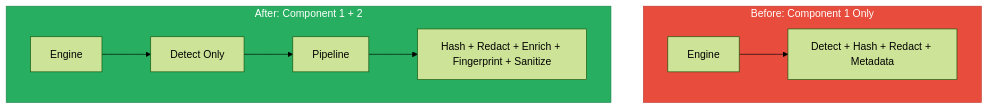
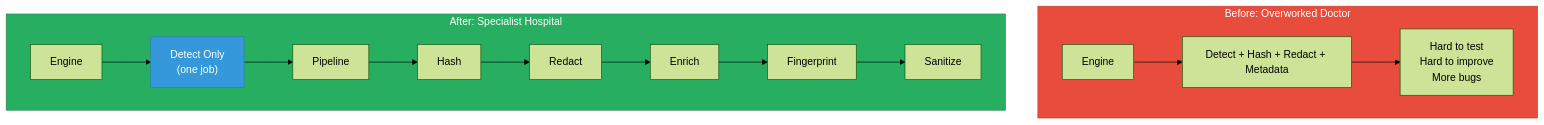
One commit to svemulapati/CredVigil changed diagram 27 of 41 in docs/training/02-secure-hashing-metadata-pipeline.md. Above: the diagram before and after it, drawn with Mermaid (forest theme). The commit also changed other lines of this file, not shown here.

First line of the commit message:
feat: add Component 2 — Secure Hashing & Metadata Pipeline

````diff
--- a/docs/training/02-secure-hashing-metadata-pipeline.md
+++ b/docs/training/02-secure-hashing-metadata-pipeline.md
@@ -761,13 +1201,15 @@
 ```mermaid
 flowchart TD
-    subgraph Before["Before: Component 1 Only"]
+    subgraph Before["Before: Overworked Doctor"]
         A1["Engine"] --> A2["Detect + Hash + Redact + Metadata"]
+        A2 --> A3["Hard to test\nHard to improve\nMore bugs"]
     end
-    subgraph After["After: Component 1 + 2"]
-        B1["Engine"] --> B2["Detect Only"]
+    subgraph After["After: Specialist Hospital"]
+        B1["Engine"] --> B2["Detect Only\n(one job)"]
         B2 --> B3["Pipeline"]
-        B3 --> B4["Hash + Redact + Enrich + Fingerprint + Sanitize"]
+        B3 --> B4["Hash"] --> B5["Redact"] --> B6["Enrich"] --> B7["Fingerprint"] --> B8["Sanitize"]
     end
     style Before fill:#E74C3C,stroke:#C0392B,color:#fff
     style After fill:#27AE60,stroke:#1E8449,color:#fff
+    style B2 fill:#3498DB,stroke:#2980B9,color:#fff
 ```
````
